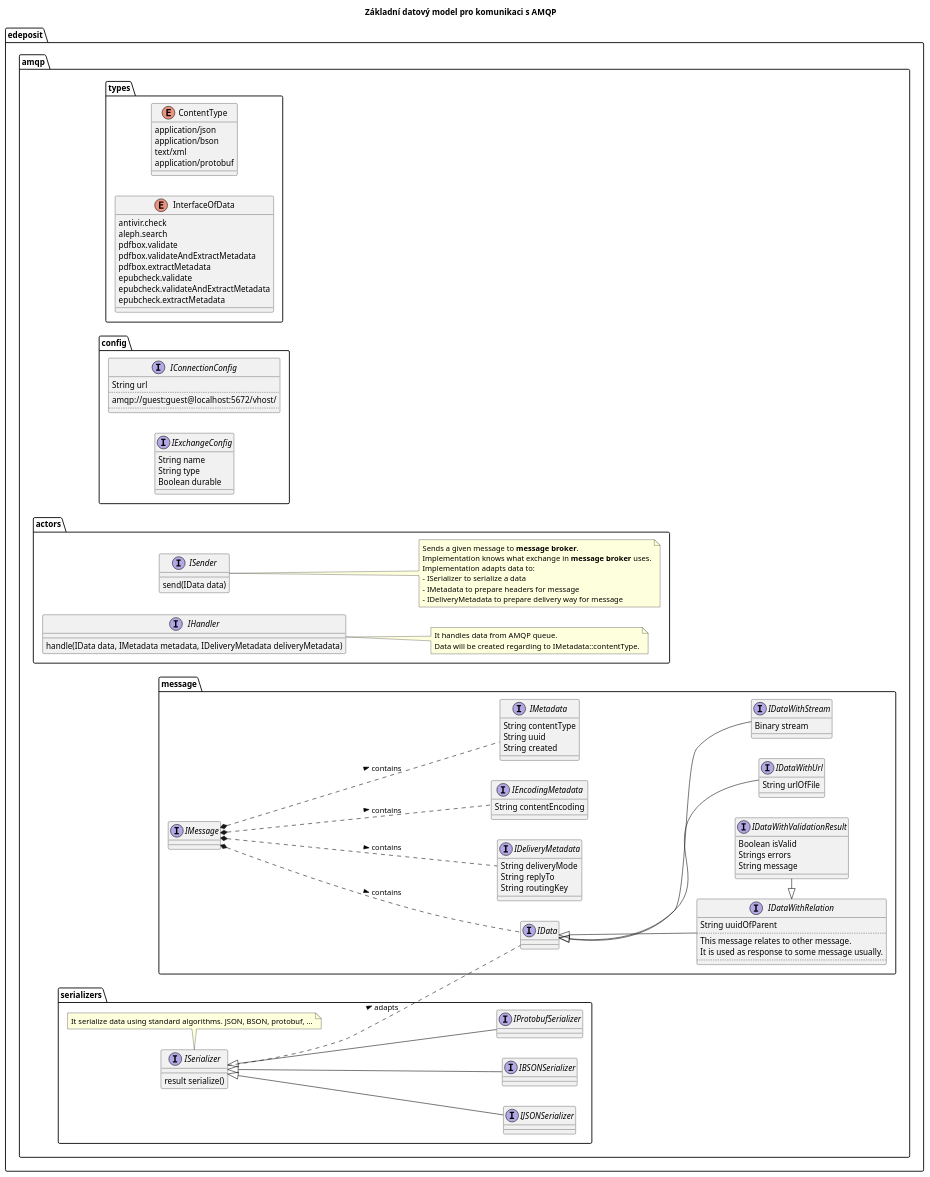
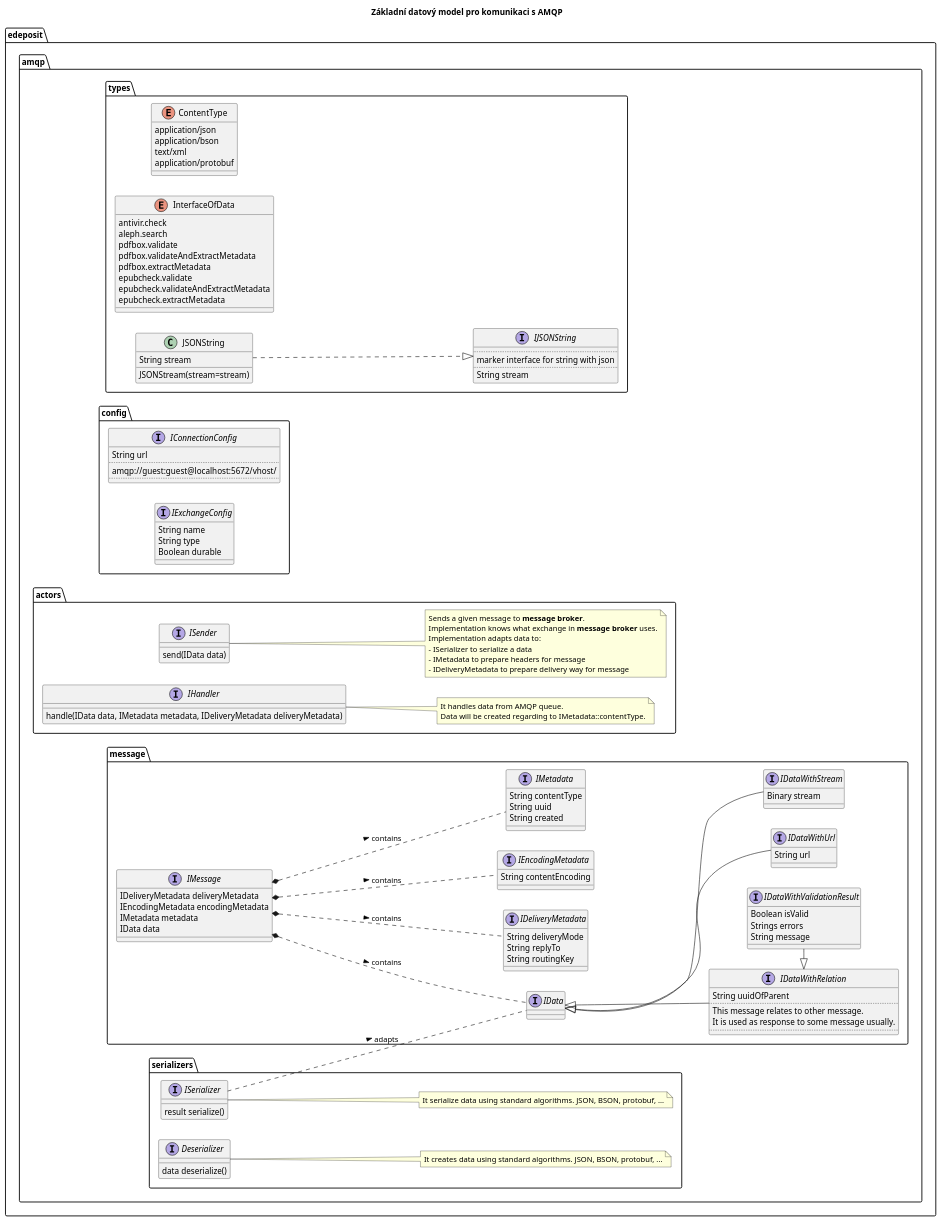
One commit to edeposit/edeposit changed the diagram in docs/middleware/dm00.plantuml. Above: the diagram before and after it, drawn with PlantUML. The commit also changed 1 other file, not shown here.

Commit message:
added JSONString into types. jstavel/edeposit.amqp#2

```diff
--- a/docs/middleware/dm00.plantuml
+++ b/docs/middleware/dm00.plantuml
@@ -1,145 +1,159 @@
 @startuml
 skinparam componentStyle uml2
 left to right direction
 title Základní datový model pro komunikaci s AMQP
 
 package edeposit.amqp.types {
 enum ContentType {
      application/json
      application/bson
      text/xml
      application/protobuf
 }
 
 enum InterfaceOfData {
      antivir.check
      aleph.search
      pdfbox.validate
      pdfbox.validateAndExtractMetadata
      pdfbox.extractMetadata
      epubcheck.validate
      epubcheck.validateAndExtractMetadata
      epubcheck.extractMetadata
 }
+
+interface IJSONString {
+          ..
+          marker interface for string with json
+          ..
+          String stream
+}
+
+        class JSONString {
+              String stream
+              JSONStream(stream=stream)
+        }
+
+        JSONString ..|> IJSONString
+
 }
 
 package edeposit.amqp.config {
 Interface IConnectionConfig {
       String url
       ..
       amqp://guest:guest@localhost:5672/vhost/      
       ..
 }
 
 Interface IExchangeConfig {
       String name
       String type
       Boolean durable
 }
 }
 
 package edeposit.amqp.message {
 Interface IDeliveryMetadata {
       String deliveryMode
       String replyTo
       String routingKey
 }
 
 Interface IEncodingMetadata {
       String contentEncoding
 }
 
 Interface IMetadata {
       String contentType
       String uuid
       String created
 }
 
 Interface IData {
 }
 
 interface IDataWithRelation {
       String uuidOfParent
       ..
       This message relates to other message. 
       It is used as response to some message usually.
       ..
 }
 
 interface IMessage {
+          IDeliveryMetadata deliveryMetadata
+          IEncodingMetadata encodingMetadata
+          IMetadata metadata
+          IData data
 }
 
 IMessage *.. IData : > contains
 IMessage *.. IDeliveryMetadata : > contains
 IMessage *.. IMetadata : > contains
 IMessage *.. IEncodingMetadata : > contains
 
         interface IDataWithUrl {
-              String urlOfFile
+              String url
         }
 
         interface IDataWithStream {
               Binary stream
         }
 
         interface IDataWithValidationResult {
                   Boolean isValid
                   Strings errors
                   String message
         }
 
 IDataWithRelation <|- IDataWithValidationResult
 
 IData <|-- IDataWithRelation
 IData <|-- IDataWithUrl
 IData <|-- IDataWithStream
 
 }
 
 package edeposit.amqp.actors {
         interface ISender {
                 send(IData data)
         }
         note right
         Sends a given message to <b>message broker</b>.
         Implementation knows what exchange in <b>message broker</b> uses.
         Implementation adapts data to:
         - ISerializer to serialize a data
         - IMetadata to prepare headers for message
         - IDeliveryMetadata to prepare delivery way for message
         end note
         
         interface IHandler {
                   handle(IData data, IMetadata metadata, IDeliveryMetadata deliveryMetadata)
         }
         note right
         It handles data from AMQP queue.
         Data will be created regarding to IMetadata::contentType.
         end note
 }
 
 package edeposit.amqp.serializers {
         interface ISerializer {
                   result serialize()
         }
-        note bottom
+        note right
         It serialize data using standard algorithms. JSON, BSON, protobuf, ...
         end note
 
-        interface IJSONSerializer {
-        }       
+        interface Deserializer {
+                  data deserialize()
+        }
+        note right
+        It creates data using standard algorithms. JSON, BSON, protobuf, ...
+        end note
 
-        interface IBSONSerializer {
-        }       
-
-        interface IProtobufSerializer {
-        }       
-        
-        ISerializer <|-- IJSONSerializer
-        ISerializer <|-- IBSONSerializer
-        ISerializer <|-- IProtobufSerializer
 }        
 
 ISerializer .. IData : > adapts        
 
 @enduml
```
